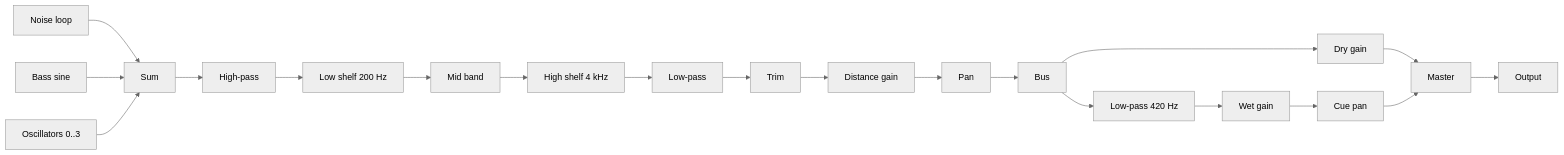
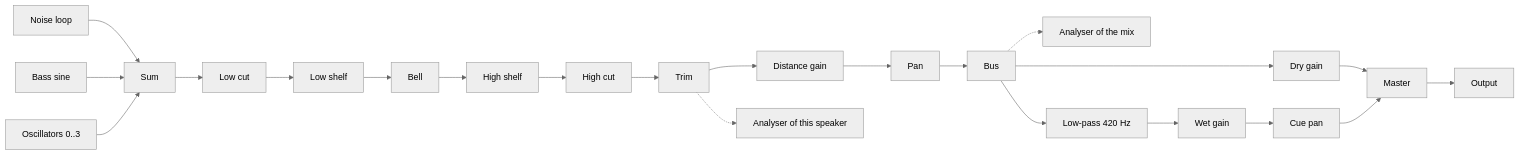
The diagram in docs/design/app/10-garden.md (JaceDashS/hush-garden), drawn with Mermaid (neutral theme) before and after one commit. The commit also changed other lines of this file and 25 other files, not shown here.

First line of the commit message:
[feat] Add the equalizer graph, speaker carrying and character names

````diff
--- a/docs/design/app/10-garden.md
+++ b/docs/design/app/10-garden.md
@@ -38,11 +38,13 @@
 ```mermaid
 flowchart LR
     N["Noise loop"] --> S["Sum"]
     B["Bass sine"] --> S
     O["Oscillators 0..3"] --> S
-    S --> HP["High-pass"] --> LS["Low shelf 200 Hz"] --> MID["Mid band"] --> HS["High shelf 4 kHz"] --> LP["Low-pass"]
+    S --> HP["Low cut"] --> LS["Low shelf"] --> MID["Bell"] --> HS["High shelf"] --> LP["High cut"]
     LP --> T["Trim"] --> G["Distance gain"] --> P["Pan"] --> BUS["Bus"]
+    T -.-> AN["Analyser of this speaker"]
+    BUS -.-> MA["Analyser of the mix"]
     BUS --> DRY["Dry gain"] --> M["Master"]
     BUS --> DARK["Low-pass 420 Hz"] --> WET["Wet gain"] --> WP["Cue pan"] --> M
     M --> OUT["Output"]
 ```
````
